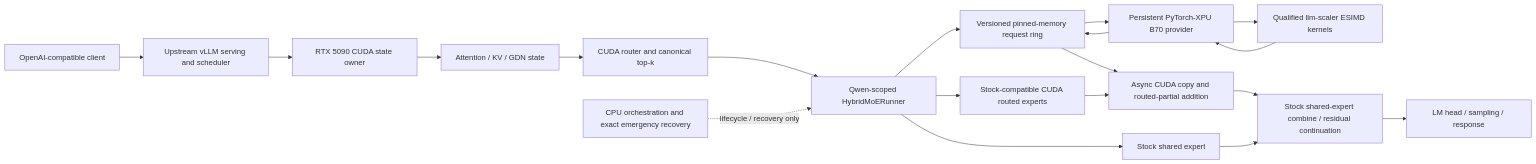
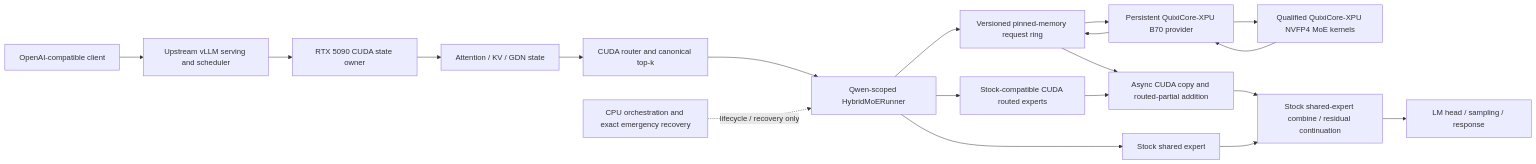
The diagram in docs/architecture.md (SRSWTI/shooting-brake), drawn with Mermaid before and after one commit. The commit also changed other lines of this file and 12 other files, not shown here.

Commit message:
minor-repalcement of llm scaler with quixicore xpu kernels:

````diff
--- a/docs/architecture.md
+++ b/docs/architecture.md
@@ -25,25 +25,25 @@
 ```mermaid
 flowchart LR
     Client[OpenAI-compatible client] --> API[Upstream vLLM serving and scheduler]
     API --> Owner[RTX 5090 CUDA state owner]
 
     Owner --> State[Attention / KV / GDN state]
     State --> Router[CUDA router and canonical top-k]
     Router --> Hybrid[Qwen-scoped HybridMoERunner]
 
     Hybrid --> Local[Stock-compatible CUDA routed experts]
     Hybrid --> Shared[Stock shared expert]
     Hybrid --> Ring[Versioned pinned-memory request ring]
-    Ring --> Provider[Persistent PyTorch-XPU B70 provider]
-    Provider --> Kernels[Qualified llm-scaler ESIMD kernels]
+    Ring --> Provider[Persistent QuixiCore-XPU B70 provider]
+    Provider --> Kernels[Qualified QuixiCore-XPU NVFP4 MoE kernels]
     Kernels --> Provider
     Provider --> Ring
 
     Ring --> RoutedJoin[Async CUDA copy and routed-partial addition]
     Local --> RoutedJoin
     RoutedJoin --> Combine[Stock shared-expert combine / residual continuation]
     Shared --> Combine
     Combine --> Output[LM head / sampling / response]
 
     CPU[CPU orchestration and exact emergency recovery] -. lifecycle / recovery only .-> Hybrid
 ```
````
